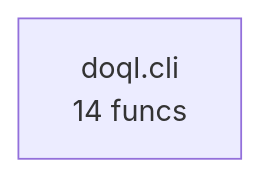
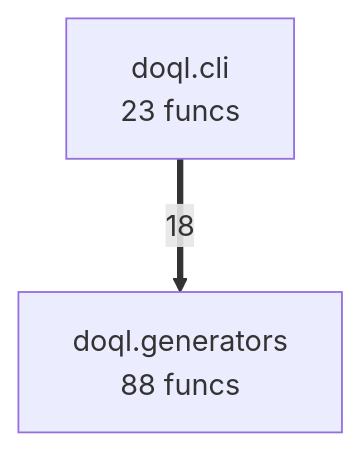
Before and after one commit to oqlos/doql: the diagram in project/compact_flow.mmd, drawn with Mermaid. The commit also changed 44 other files, not shown here.

```diff
--- a/project/compact_flow.mmd
+++ b/project/compact_flow.mmd
@@ -1,2 +1,4 @@
 flowchart TD
-    doql__cli["doql.cli<br/>14 funcs"]
+    doql__cli["doql.cli<br/>23 funcs"]
+    doql__generators["doql.generators<br/>88 funcs"]
+    doql__cli ==>|18| doql__generators
```
